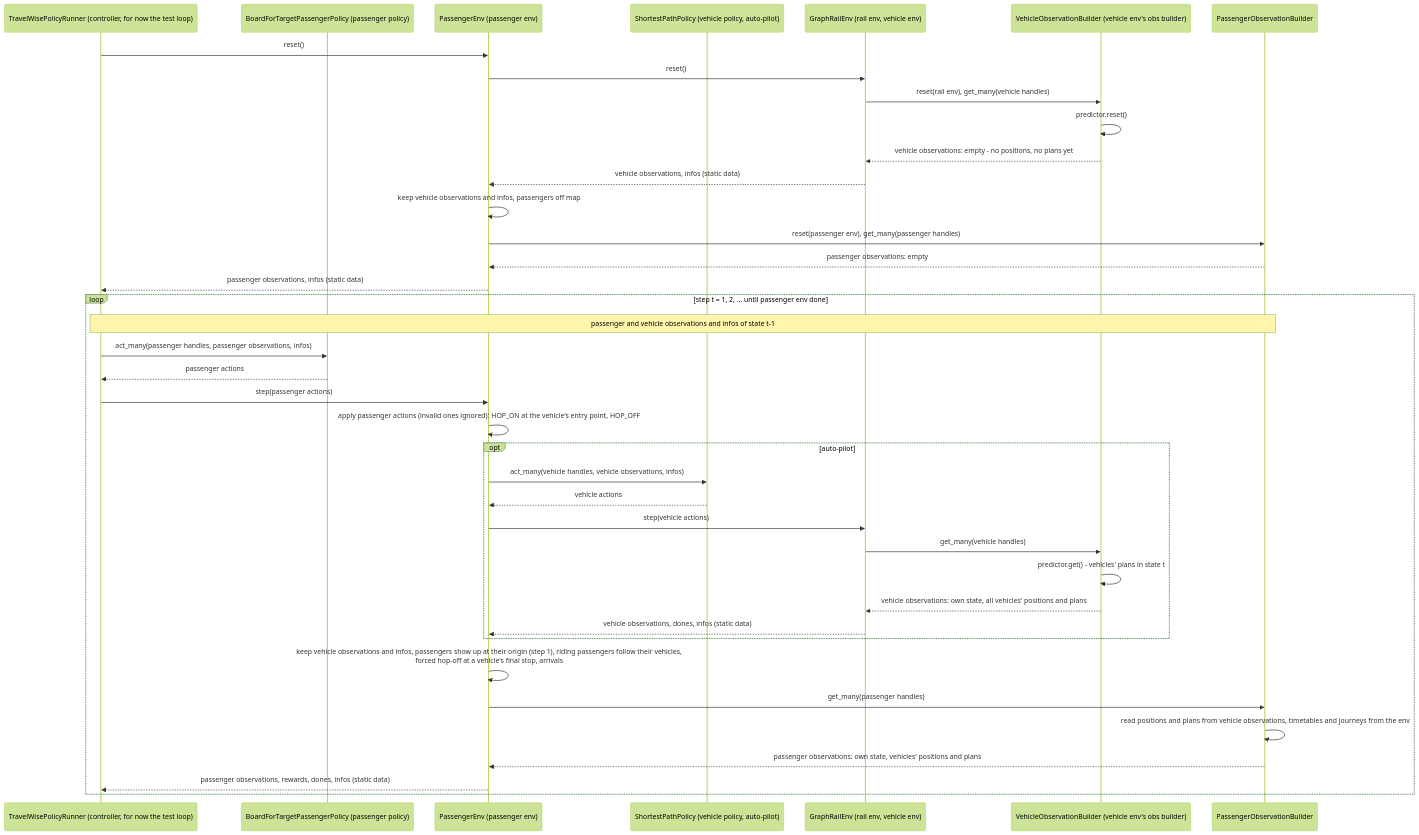
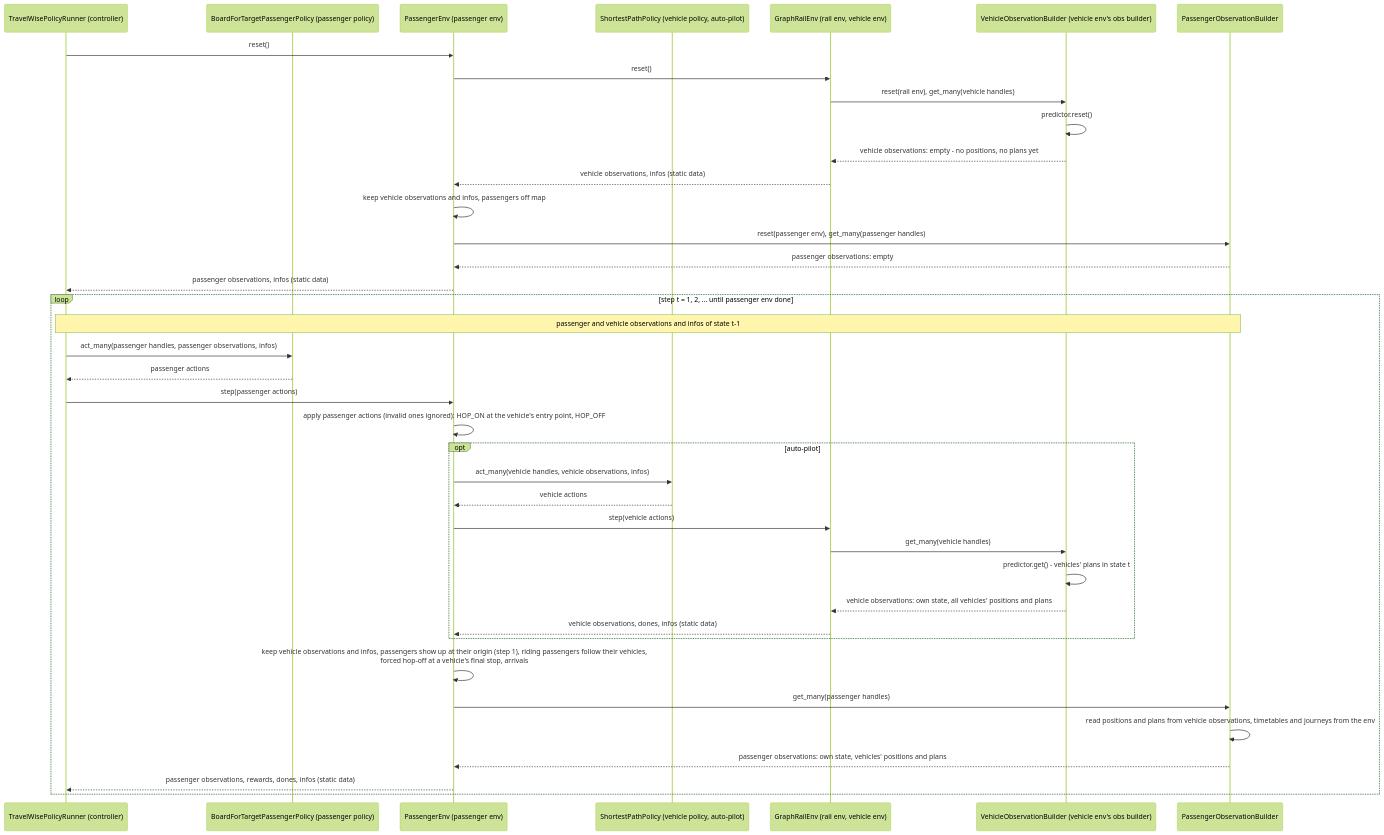
Before and after one commit to flatland-association/flatland-rl: the diagram in docs/plans/travelwise-passenger-env.md, drawn with Mermaid (forest theme). The commit also changed other lines of this file and 5 other files, not shown here.

Commit message:
feat(envs): add a TravelWisePolicyRunner running a passenger env episode with a passenger policy.

````diff
--- a/docs/plans/travelwise-passenger-env.md
+++ b/docs/plans/travelwise-passenger-env.md
@@ -243,41 +243,41 @@
 ```mermaid
 sequenceDiagram
-    participant C as TravelWisePolicyRunner (controller, for now the test loop)
+    participant C as TravelWisePolicyRunner (controller)
     participant PP as BoardForTargetPassengerPolicy (passenger policy)
     participant P as PassengerEnv (passenger env)
     participant VP as ShortestPathPolicy (vehicle policy, auto-pilot)
     participant R as GraphRailEnv (rail env, vehicle env)
     participant VO as VehicleObservationBuilder (vehicle env's obs builder)
     participant O as PassengerObservationBuilder
     C->>P: reset()
     P->>R: reset()
     R->>VO: reset(rail env), get_many(vehicle handles)
     VO->>VO: predictor.reset()
     VO-->>R: vehicle observations: empty - no positions, no plans yet
     R-->>P: vehicle observations, infos (static data)
     P->>P: keep vehicle observations and infos, passengers off map
     P->>O: reset(passenger env), get_many(passenger handles)
     O-->>P: passenger observations: empty
     P-->>C: passenger observations, infos (static data)
     loop step t = 1, 2, ... until passenger env done
         Note over C,O: passenger and vehicle observations and infos of state t-1
         C->>PP: act_many(passenger handles, passenger observations, infos)
         PP-->>C: passenger actions
         C->>P: step(passenger actions)
         P->>P: apply passenger actions (invalid ones ignored): HOP_ON at the vehicle's entry point, HOP_OFF
         opt auto-pilot
             P->>VP: act_many(vehicle handles, vehicle observations, infos)
             VP-->>P: vehicle actions
             P->>R: step(vehicle actions)
             R->>VO: get_many(vehicle handles)
             VO->>VO: predictor.get() - vehicles' plans in state t
             VO-->>R: vehicle observations: own state, all vehicles' positions and plans
             R-->>P: vehicle observations, dones, infos (static data)
         end
         P->>P: keep vehicle observations and infos, passengers show up at their origin (step 1), riding passengers follow their vehicles,<br/>forced hop-off at a vehicle's final stop, arrivals
         P->>O: get_many(passenger handles)
         O->>O: read positions and plans from vehicle observations, timetables and journeys from the env
         O-->>P: passenger observations: own state, vehicles' positions and plans
         P-->>C: passenger observations, rewards, dones, infos (static data)
     end
 ```
````
